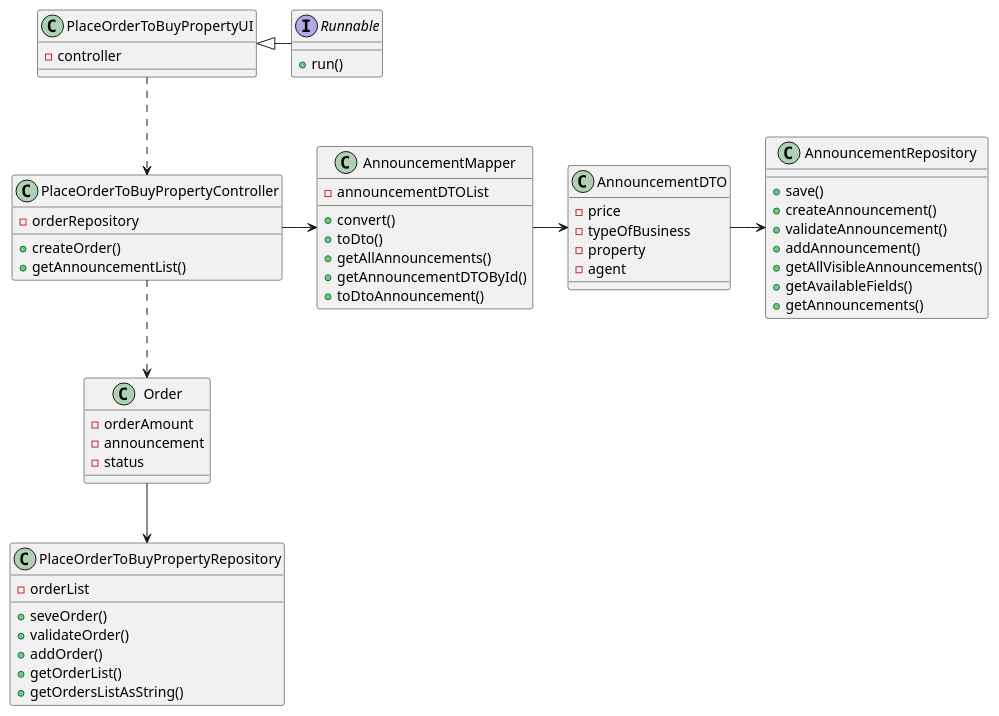
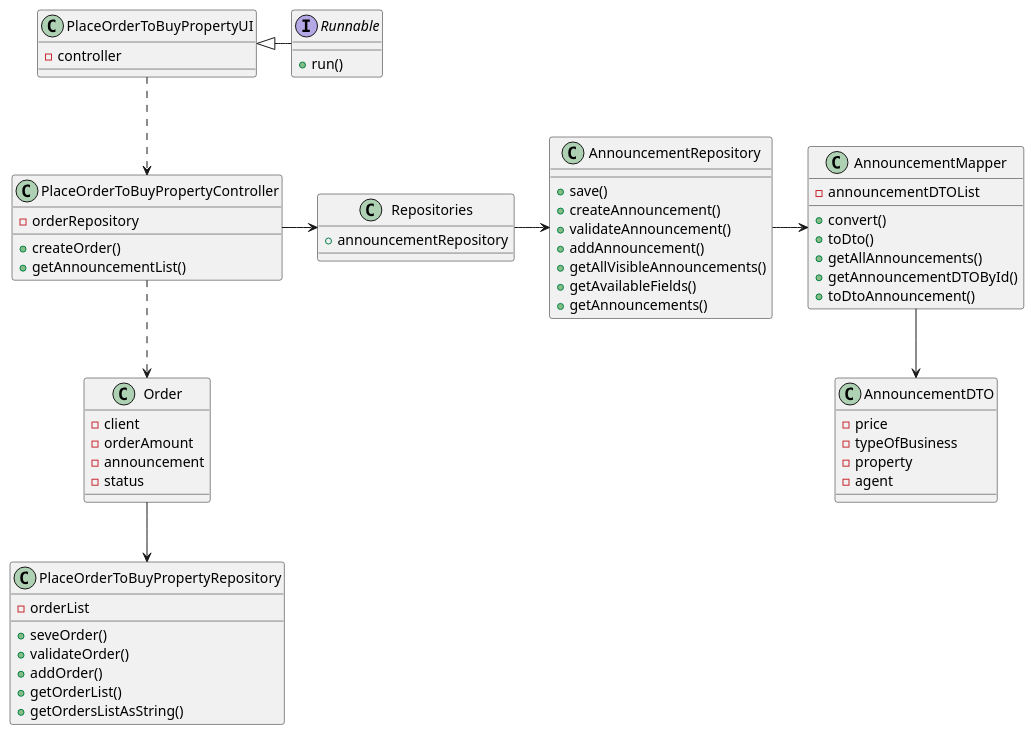
The diagram in docs/sprintD/US010/03.design/puml/CD.puml (tiagohcorreia/LAPR2), drawn with PlantUML before and after one commit. The commit also changed 8 other files, not shown here.

Commit message:
US010 - Class diagram and Sequence Diagram updated

```diff
--- a/docs/sprintD/US010/03.design/puml/CD.puml
+++ b/docs/sprintD/US010/03.design/puml/CD.puml
@@ -1,76 +1,83 @@
 @startuml
 
 interface Runnable {
 
     + run()
 }
 
 class PlaceOrderToBuyPropertyUI {
 
     - controller
 }
 
 class PlaceOrderToBuyPropertyController {
 
     - orderRepository
     + createOrder()
     + getAnnouncementList()
 }
 
 class Order {
 
+    - client
     - orderAmount
     - announcement
     - status
 }
 
 class PlaceOrderToBuyPropertyRepository {
 
     - orderList
     + seveOrder()
     + validateOrder()
     + addOrder()
     + getOrderList()
     + getOrdersListAsString()
 }
 
 class AnnouncementRepository {
 
     + save()
     + createAnnouncement()
     + validateAnnouncement()
     + addAnnouncement()
     + getAllVisibleAnnouncements()
     + getAvailableFields()
     + getAnnouncements()
 }
 
 class AnnouncementDTO {
 
     - price
     - typeOfBusiness
     - property
     - agent
 }
 
 class AnnouncementMapper {
 
     - announcementDTOList
     + convert()
     + toDto()
     + getAllAnnouncements()
     + getAnnouncementDTOById()
     + toDtoAnnouncement()
 }
 
+class Repositories {
+
+    + announcementRepository
+}
+
 
 
 Runnable -left-|> PlaceOrderToBuyPropertyUI
 PlaceOrderToBuyPropertyUI ..> PlaceOrderToBuyPropertyController
-PlaceOrderToBuyPropertyController -> AnnouncementMapper
-AnnouncementMapper -> AnnouncementDTO
-AnnouncementDTO -> AnnouncementRepository
+PlaceOrderToBuyPropertyController -> Repositories
+Repositories -> AnnouncementRepository
+AnnouncementRepository -> AnnouncementMapper
+AnnouncementMapper --> AnnouncementDTO
 PlaceOrderToBuyPropertyController ..> Order
 Order --> PlaceOrderToBuyPropertyRepository
 
 @enduml
```
